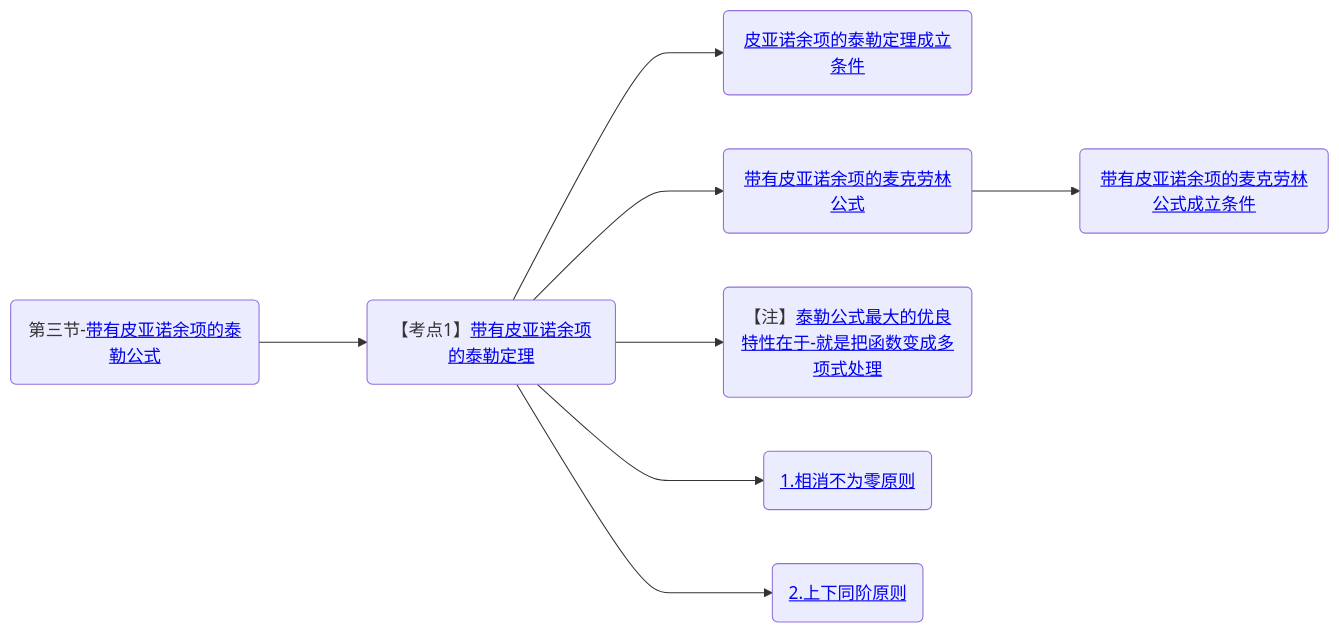
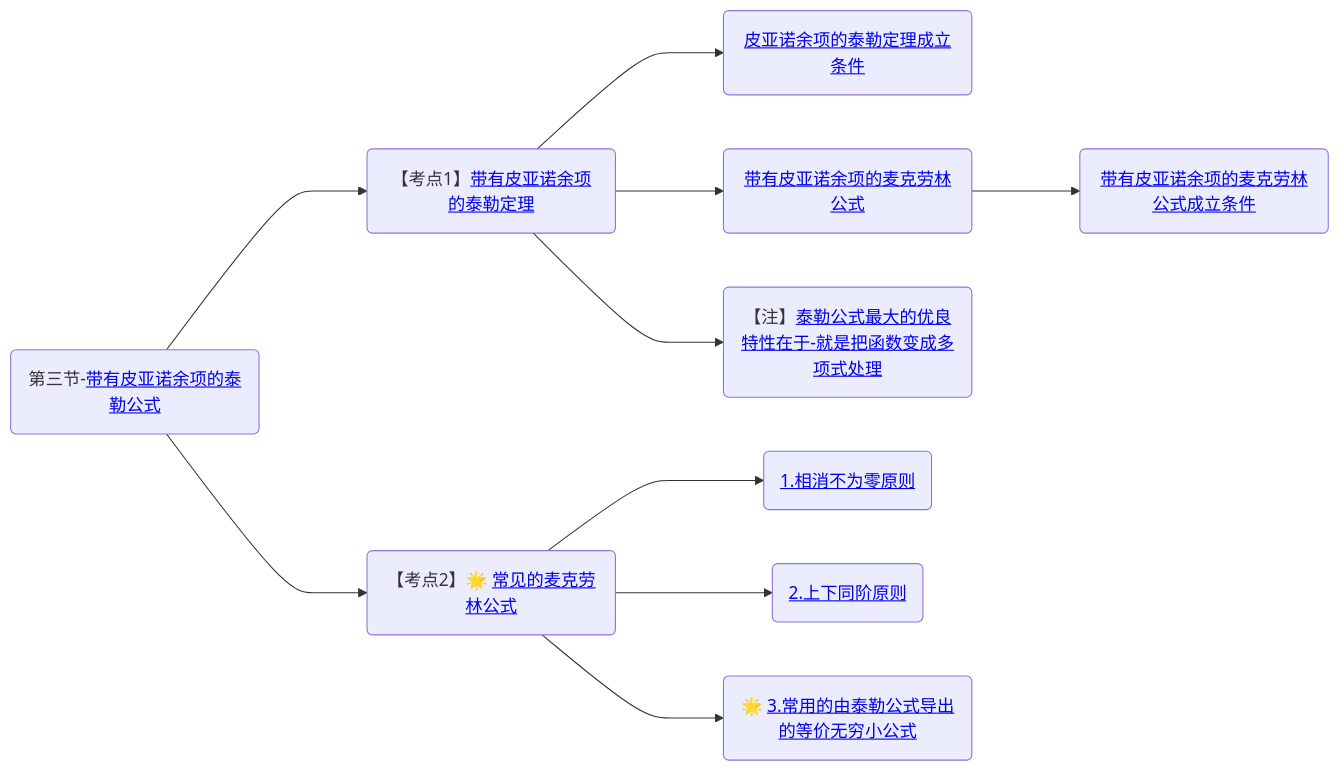
Before and after one commit to yuebinghui/note: the third of 3 diagrams in 笔记/数学/周洋鑫/基础班/00.大纲.md, drawn with Mermaid. The commit also changed 4 other files, not shown here.

````diff
--- a/笔记/数学/周洋鑫/基础班/00.大纲.md
+++ b/笔记/数学/周洋鑫/基础班/00.大纲.md
@@ -88,15 +88,18 @@
 ```mermaid
 graph LR
 
 带有皮亚诺余项的泰勒公式(第三节-<a href="/Users/yuebinghui/Documents/program/github/note/笔记/数学/周洋鑫/基础班/03.泰勒公式-洛必达法则.md#带有皮亚诺余项的泰勒公式">带有皮亚诺余项的泰勒公式</>)
 
 带有皮亚诺余项的泰勒公式--->带有皮亚诺余项的泰勒定理(【考点1】<a href="/Users/yuebinghui/Documents/program/github/note/笔记/数学/周洋鑫/基础班/03.泰勒公式-洛必达法则.md#带有皮亚诺余项的泰勒定理">带有皮亚诺余项的泰勒定理</>)
 带有皮亚诺余项的泰勒定理--->皮亚诺余项的泰勒定理成立条件(<a href="/Users/yuebinghui/Documents/program/github/note/笔记/数学/周洋鑫/基础班/03.泰勒公式-洛必达法则.md#皮亚诺余项的泰勒定理成立条件">皮亚诺余项的泰勒定理成立条件</>)
 带有皮亚诺余项的泰勒定理--->带有皮亚诺余项的麦克劳林公式(<a href="/Users/yuebinghui/Documents/program/github/note/笔记/数学/周洋鑫/基础班/03.泰勒公式-洛必达法则.md#带有皮亚诺余项的麦克劳林公式">带有皮亚诺余项的麦克劳林公式</>)
 带有皮亚诺余项的麦克劳林公式--->带有皮亚诺余项的麦克劳林公式成立条件(<a href="/Users/yuebinghui/Documents/program/github/note/笔记/数学/周洋鑫/基础班/03.泰勒公式-洛必达法则.md#带有皮亚诺余项的麦克劳林公式成立条件">带有皮亚诺余项的麦克劳林公式成立条件</>)
 带有皮亚诺余项的泰勒定理--->泰勒公式最大的优良特性在于-就是把函数变成多项式处理(【注】<a href="/Users/yuebinghui/Documents/program/github/note/笔记/数学/周洋鑫/基础班/03.泰勒公式-洛必达法则.md#泰勒公式最大的优良特性在于-就是把函数变成多项式处理">泰勒公式最大的优良特性在于-就是把函数变成多项式处理</>)
-带有皮亚诺余项的泰勒定理--->1.相消不为零原则(<a href="/Users/yuebinghui/Documents/program/github/note/笔记/数学/周洋鑫/基础班/03.泰勒公式-洛必达法则.md#1.相消不为零原则">1.相消不为零原则</>)
-带有皮亚诺余项的泰勒定理--->2.上下同阶原则(<a href="/Users/yuebinghui/Documents/program/github/note/笔记/数学/周洋鑫/基础班/03.泰勒公式-洛必达法则.md#2.上下同阶原则">2.上下同阶原则</>)
+
+带有皮亚诺余项的泰勒公式--->常见的麦克劳林公式(【考点2】🌟 <a href="/Users/yuebinghui/Documents/program/github/note/笔记/数学/周洋鑫/基础班/03.泰勒公式-洛必达法则.md#常见的麦克劳林公式">常见的麦克劳林公式</>)
+常见的麦克劳林公式--->1.相消不为零原则(<a href="/Users/yuebinghui/Documents/program/github/note/笔记/数学/周洋鑫/基础班/03.泰勒公式-洛必达法则.md#1.相消不为零原则">1.相消不为零原则</>)
+常见的麦克劳林公式--->2.上下同阶原则(<a href="/Users/yuebinghui/Documents/program/github/note/笔记/数学/周洋鑫/基础班/03.泰勒公式-洛必达法则.md#2.上下同阶原则">2.上下同阶原则</>)
+常见的麦克劳林公式--->3.常用的由泰勒公式导出的等价无穷小公式(🌟 <a href="/Users/yuebinghui/Documents/program/github/note/笔记/数学/周洋鑫/基础班/03.泰勒公式-洛必达法则.md#3.常用的由泰勒公式导出的等价无穷小公式">3.常用的由泰勒公式导出的等价无穷小公式</>)
 
 
 ```
````
